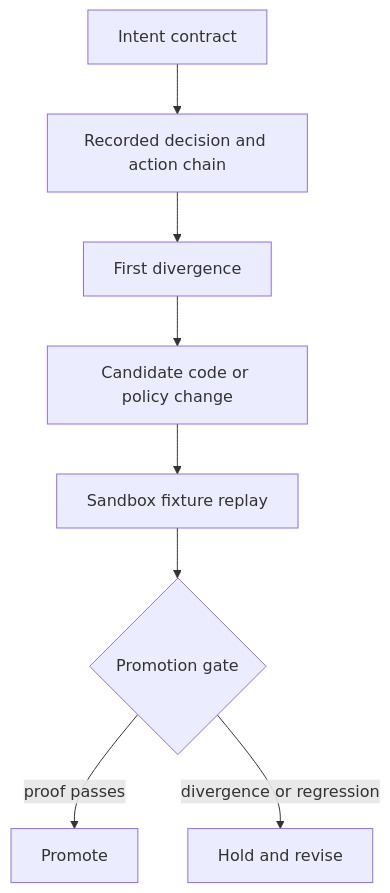
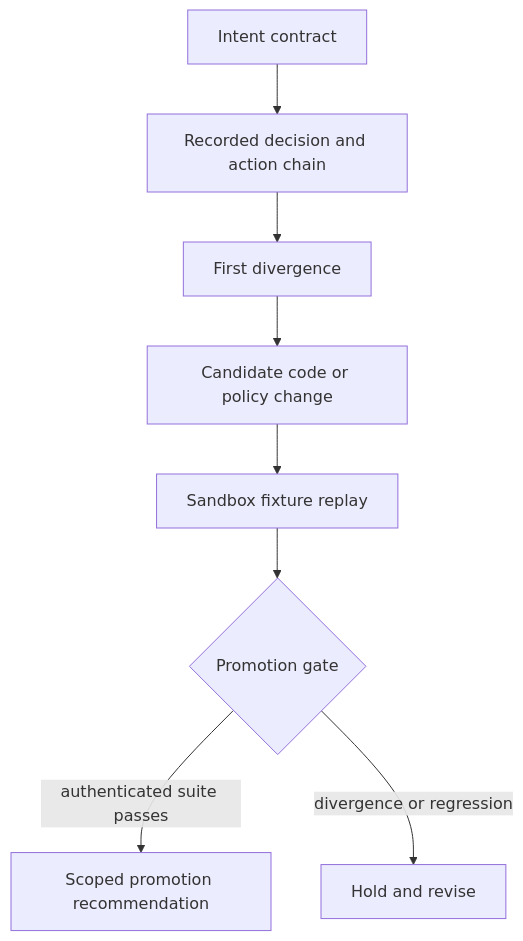
Before and after one commit to kenhuangus/causal-gate: the third of 3 diagrams in ARCHITECTURE.md, drawn with Mermaid. The commit also changed other lines of this file and 30 other files, not shown here.

````diff
--- a/ARCHITECTURE.md
+++ b/ARCHITECTURE.md
@@ -67,10 +67,10 @@
 ```mermaid
 flowchart TD
     I["Intent contract"] --> R["Recorded decision and action chain"]
     R --> D["First divergence"]
     D --> C["Candidate code or policy change"]
     C --> P["Sandbox fixture replay"]
     P --> G{"Promotion gate"}
-    G -->|proof passes| M["Promote"]
+    G -->|authenticated suite passes| M["Scoped promotion recommendation"]
     G -->|divergence or regression| H["Hold and revise"]
 ```
````
